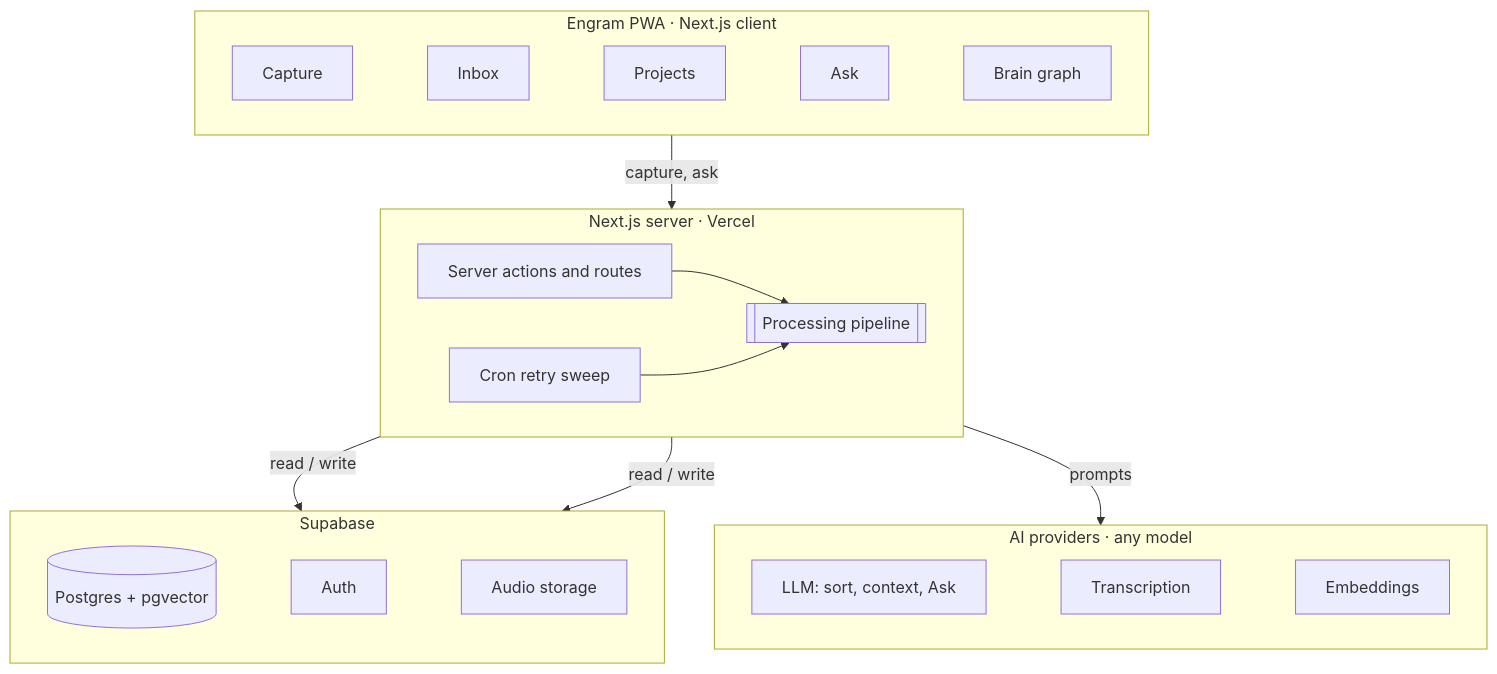
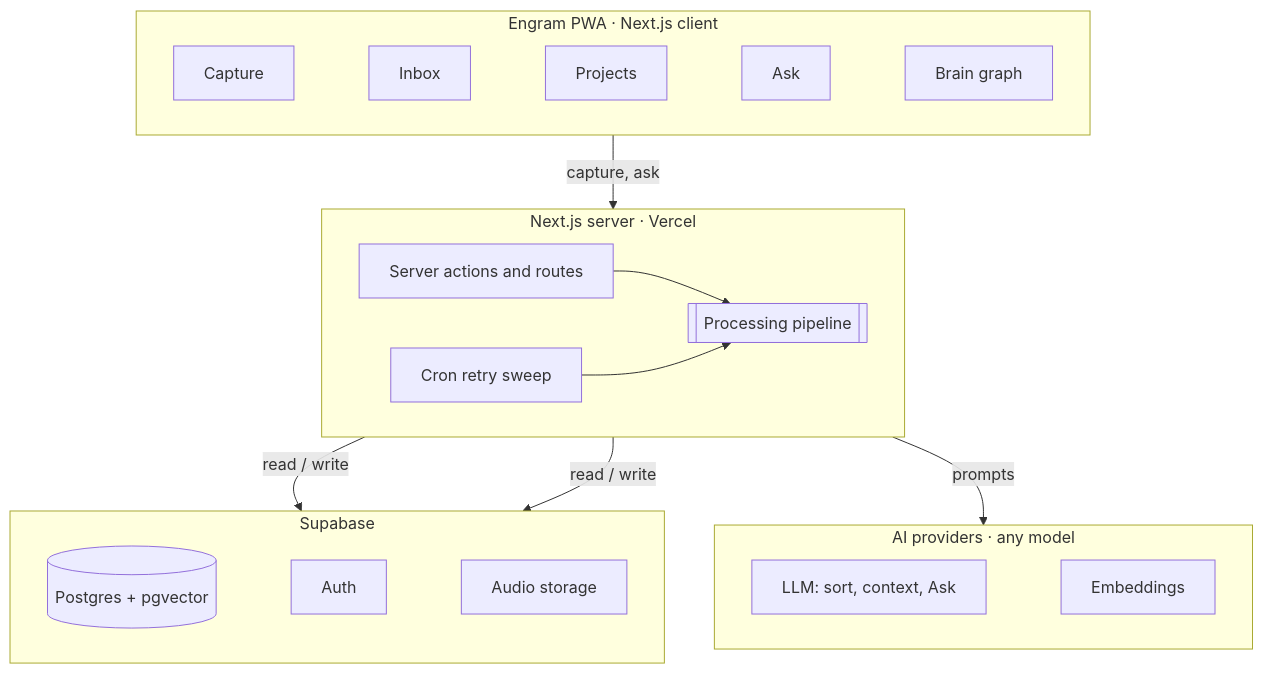
The first of 2 diagrams in docs/SPEC.md (m4rkellkka/second-brain-Engram), drawn with Mermaid before and after one commit. The commit also changed other lines of this file and 1 other file, not shown here.

````diff
--- a/docs/SPEC.md
+++ b/docs/SPEC.md
@@ -37,24 +37,24 @@
 ```mermaid
 flowchart TB
   subgraph Client["Engram PWA · Next.js client"]
     direction LR
     CAP[Capture] ~~~ INB[Inbox] ~~~ PRJ[Projects] ~~~ ASK[Ask] ~~~ BRN[Brain graph]
   end
   subgraph Server["Next.js server · Vercel"]
     direction LR
     ACT[Server actions and routes] --> PIPE[[Processing pipeline]]
     CRON[Cron retry sweep] --> PIPE
   end
   subgraph Supa["Supabase"]
     direction LR
     PG[(Postgres + pgvector)] ~~~ AUTH[Auth] ~~~ STO[Audio storage]
   end
   subgraph AI["AI providers · any model"]
     direction LR
-    LLM[LLM: sort, context, Ask] ~~~ STT[Transcription] ~~~ EMB[Embeddings]
+    LLM[LLM: sort, context, Ask] ~~~ EMB[Embeddings]
   end
   Client -- capture, ask --> ACT
   ACT -- read / write --> Supa
   PIPE -- read / write --> Supa
   PIPE -- prompts --> AI
 ```
````
